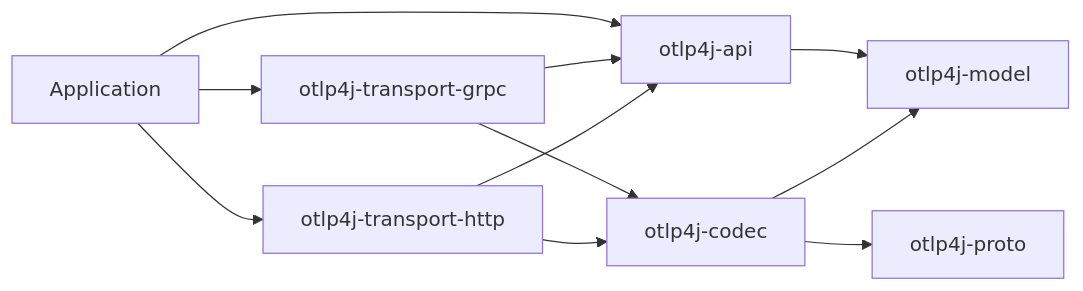
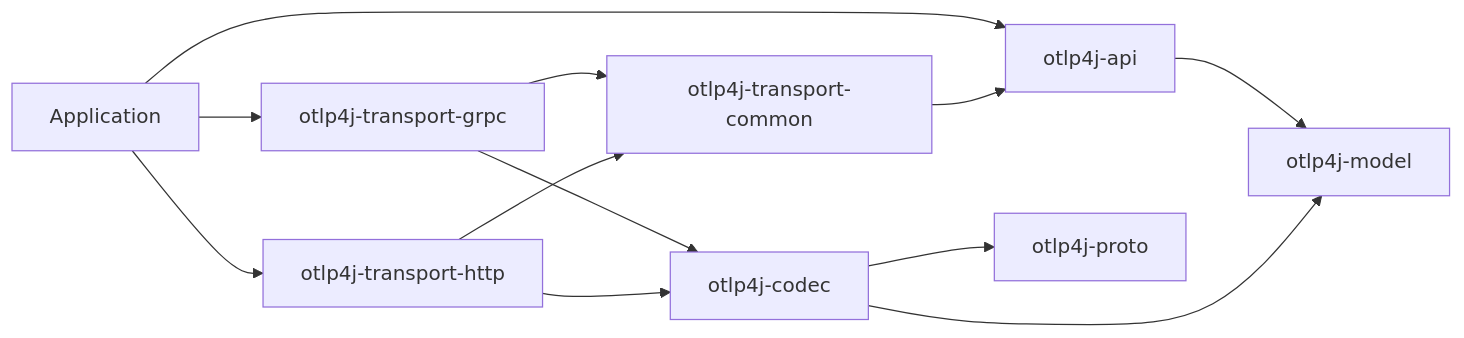
Before and after one commit to thiagogcm/otlp4j: the first of 2 diagrams in docs/architecture.md, drawn with Mermaid. The commit also changed other lines of this file and 3 other files, not shown here.

First line of the commit message:
docs: document transport-common and new surfaces

````diff
--- a/docs/architecture.md
+++ b/docs/architecture.md
@@ -9,13 +9,14 @@
 ```mermaid
 flowchart LR
     application[Application] --> api[otlp4j-api]
     application --> grpc[otlp4j-transport-grpc]
     application --> http[otlp4j-transport-http]
     api --> model[otlp4j-model]
-    grpc --> api
+    grpc --> common[otlp4j-transport-common]
     grpc --> codec[otlp4j-codec]
-    http --> api
+    http --> common
     http --> codec
+    common --> api
     codec --> model
     codec --> proto[otlp4j-proto]
 ```
````
